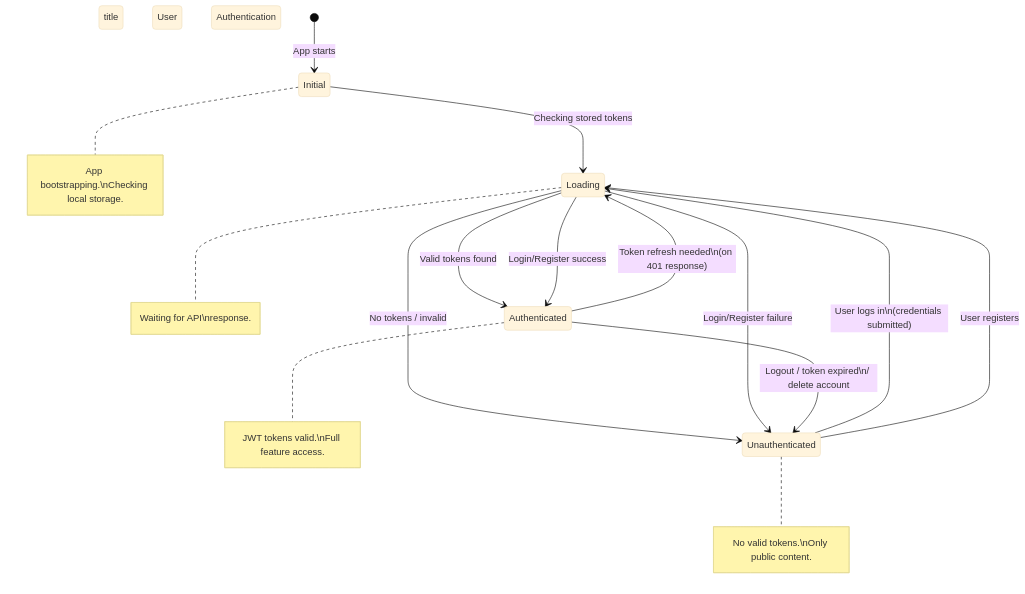
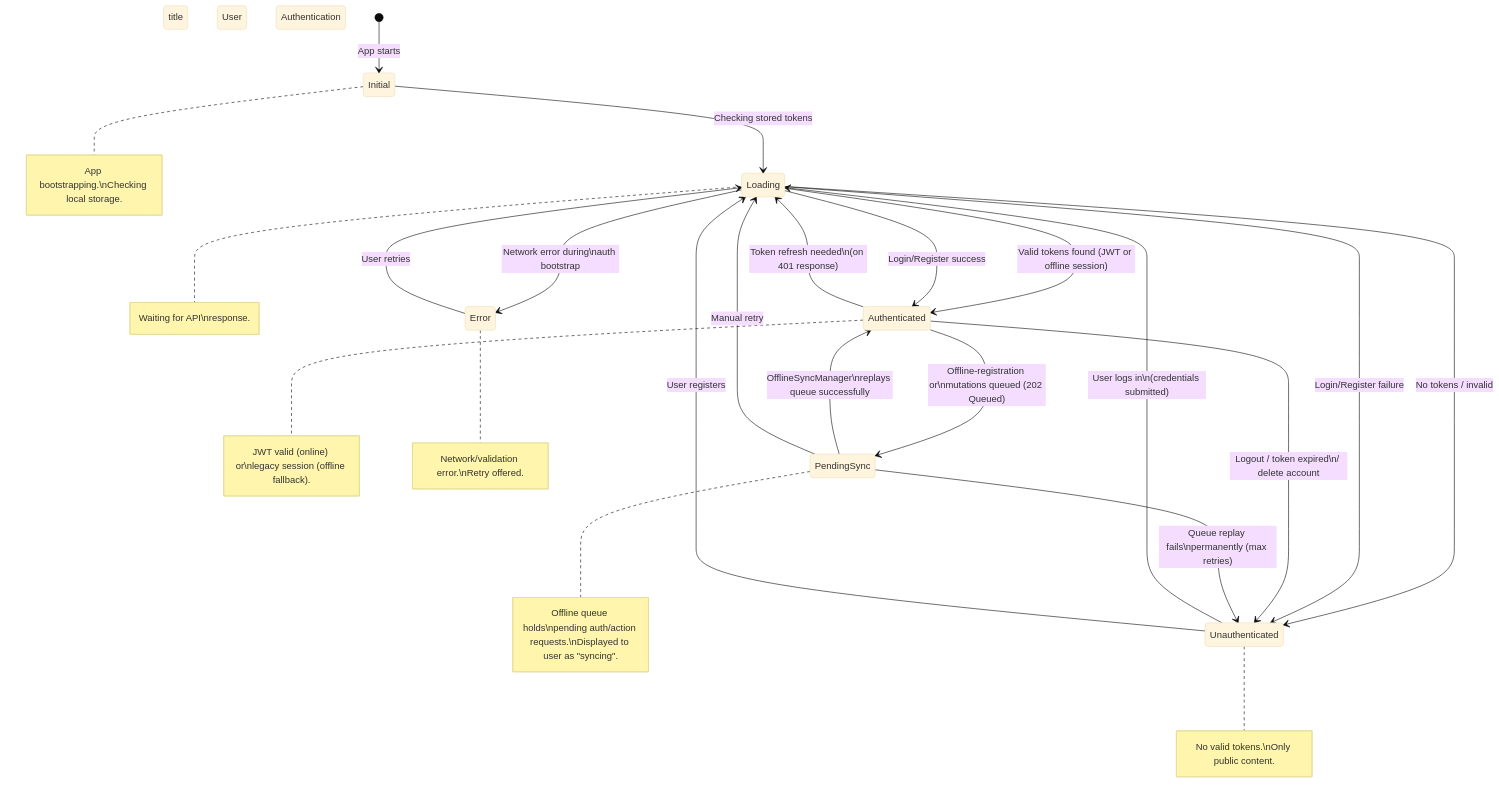
The fifth of 6 diagrams in docs/diagrams/06-state-diagram.md (fabiljayson/Griot-2.0), drawn with Mermaid (base theme) before and after one commit. The commit also changed other lines of this file and 87 other files, not shown here.

````diff
--- a/docs/diagrams/06-state-diagram.md
+++ b/docs/diagrams/06-state-diagram.md
@@ -105,25 +112,33 @@
 ```mermaid
 stateDiagram-v2
     title User Authentication State Machine
 
     [*] --> Initial : App starts
 
     Initial --> Loading : Checking stored tokens
-    Loading --> Authenticated : Valid tokens found
+    Loading --> Authenticated : Valid tokens found (JWT or offline session)
     Loading --> Unauthenticated : No tokens / invalid
 
     Unauthenticated --> Loading : User logs in\n(credentials submitted)
     Unauthenticated --> Loading : User registers
 
     Loading --> Authenticated : Login/Register success
     Loading --> Unauthenticated : Login/Register failure
+    Loading --> Error : Network error during\nauth bootstrap
+    Error --> Loading : User retries
 
     Authenticated --> Unauthenticated : Logout / token expired\n/ delete account
+    Authenticated --> Loading : Token refresh needed\n(on 401 response)
+    Authenticated --> PendingSync : Offline-registration or\nmutations queued (202 Queued)
 
-    Authenticated --> Loading : Token refresh needed\n(on 401 response)
+    PendingSync --> Authenticated : OfflineSyncManager\nreplays queue successfully
+    PendingSync --> Unauthenticated : Queue replay fails\npermanently (max retries)
+    PendingSync --> Loading : Manual retry
 
     note right of Initial : App bootstrapping.\nChecking local storage.
     note right of Loading : Waiting for API\nresponse.
-    note right of Authenticated : JWT tokens valid.\nFull feature access.
+    note right of Authenticated : JWT valid (online) or\nlegacy session (offline fallback).
+    note right of PendingSync : Offline queue holds\npending auth/action requests.\nDisplayed to user as "syncing".
+    note right of Error : Network/validation error.\nRetry offered.
     note right of Unauthenticated : No valid tokens.\nOnly public content.
 ```
````
